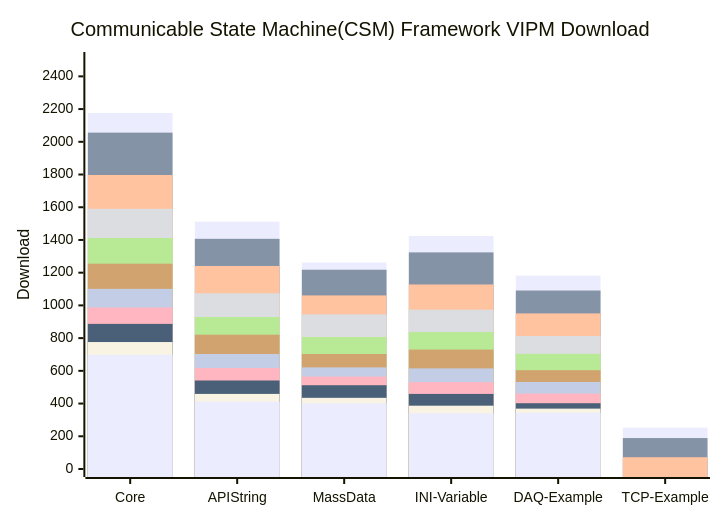
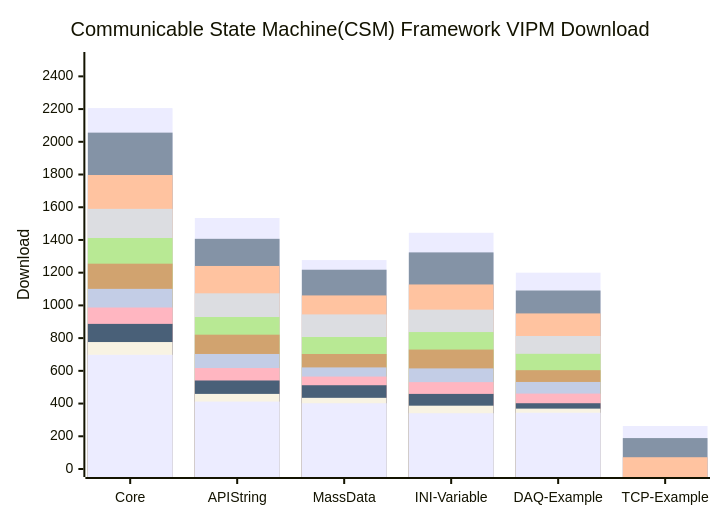
One commit to NEVSTOP-LAB/.github changed the diagram in profile/README.md. Above: the diagram before and after it, drawn with Mermaid.

````diff
--- a/profile/README.md
+++ b/profile/README.md
@@ -31,17 +31,17 @@
 ```mermaid
     xychart-beta
     title "Communicable State Machine(CSM) Framework VIPM Download"
     x-axis [Core, API String, MassData, INI-Variable, DAQ-Example, TCP-Example]
     y-axis "Download" 0 --> 2500
-    bar   [2176, 1512, 1262, 1424, 1182, 253]
+    bar   [2206, 1534, 1277, 1444, 1200, 263]
     bar   [2056, 1407, 1218, 1324, 1091, 189]
     bar   [1797, 1241, 1061, 1128, 951, 72]
     bar   [1590, 1074, 945, 974, 813]
     bar   [1412, 929, 807, 837, 704]
     bar   [1255, 821, 703, 730, 604]
     bar   [1101, 703, 621, 615, 532]
     bar   [987, 617, 565, 531, 461]
     bar   [887, 541, 512, 459, 402]
     bar   [776, 459, 435, 387, 369]
     bar   [698, 412, 402, 341, 344]
 ```
````
